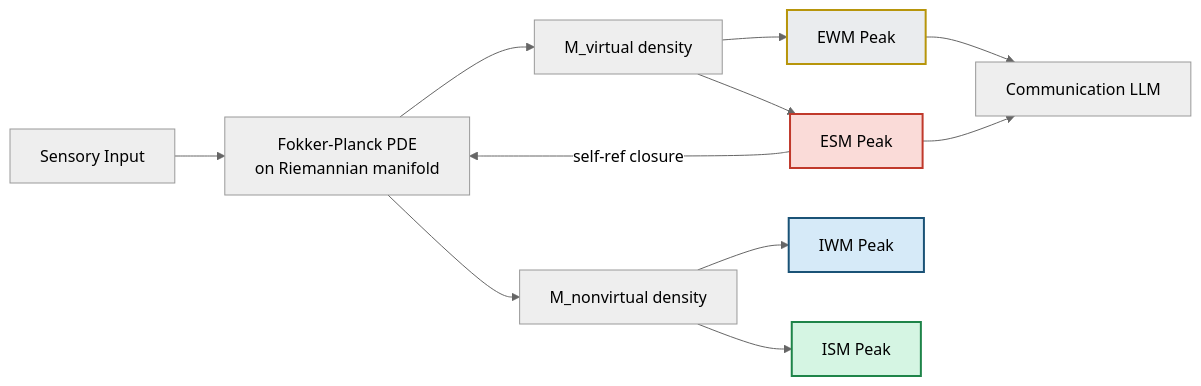
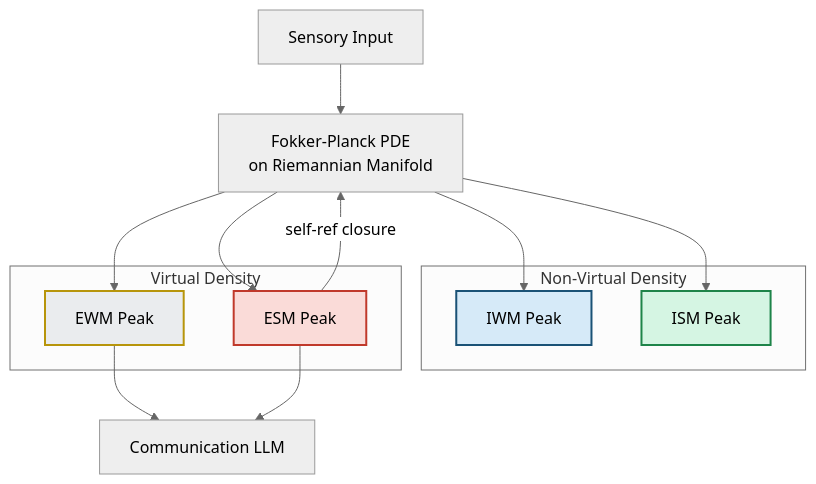
Before and after one commit to JeltzProstetnic/aIware: the diagram in docs/engineering/designs/pdf/mmd/design-09-simple.mmd, drawn with Mermaid (neutral theme). The commit also changed 52 other files, not shown here.

First line of the commit message:
Session 129: AIW-15 diagram redesign (all 16 AC designs)

```diff
--- a/docs/engineering/designs/pdf/mmd/design-09-simple.mmd
+++ b/docs/engineering/designs/pdf/mmd/design-09-simple.mmd
@@ -1,15 +1,21 @@
-graph LR
-    SENS[Sensory Input] --> PDE[Fokker-Planck PDE<br/>on Riemannian manifold]
-    PDE --> MV[M_virtual density]
-    PDE --> MNV[M_nonvirtual density]
-    MV --> EWM[EWM Peak]
-    MV --> ESM[ESM Peak]
-    MNV --> IWM[IWM Peak]
-    MNV --> ISM[ISM Peak]
+graph TD
+    SENS[Sensory Input] --> PDE["Fokker-Planck PDE<br/>on Riemannian Manifold"]
+    subgraph NV["Non-Virtual Density"]
+        IWM["IWM Peak"]
+        ISM["ISM Peak"]
+    end
+    subgraph VR["Virtual Density"]
+        EWM["EWM Peak"]
+        ESM["ESM Peak"]
+    end
+    PDE --> IWM
+    PDE --> ISM
+    PDE --> EWM
+    PDE --> ESM
     ESM -->|self-ref closure| PDE
     EWM --> COMM[Communication LLM]
     ESM --> COMM
     style IWM fill:#D6EAF8,stroke:#1A5276,stroke-width:2px
     style ISM fill:#D5F5E3,stroke:#1E8449,stroke-width:2px
     style EWM fill:#EAECEE,stroke:#B7950B,stroke-width:2px
     style ESM fill:#FADBD8,stroke:#C0392B,stroke-width:2px
```
